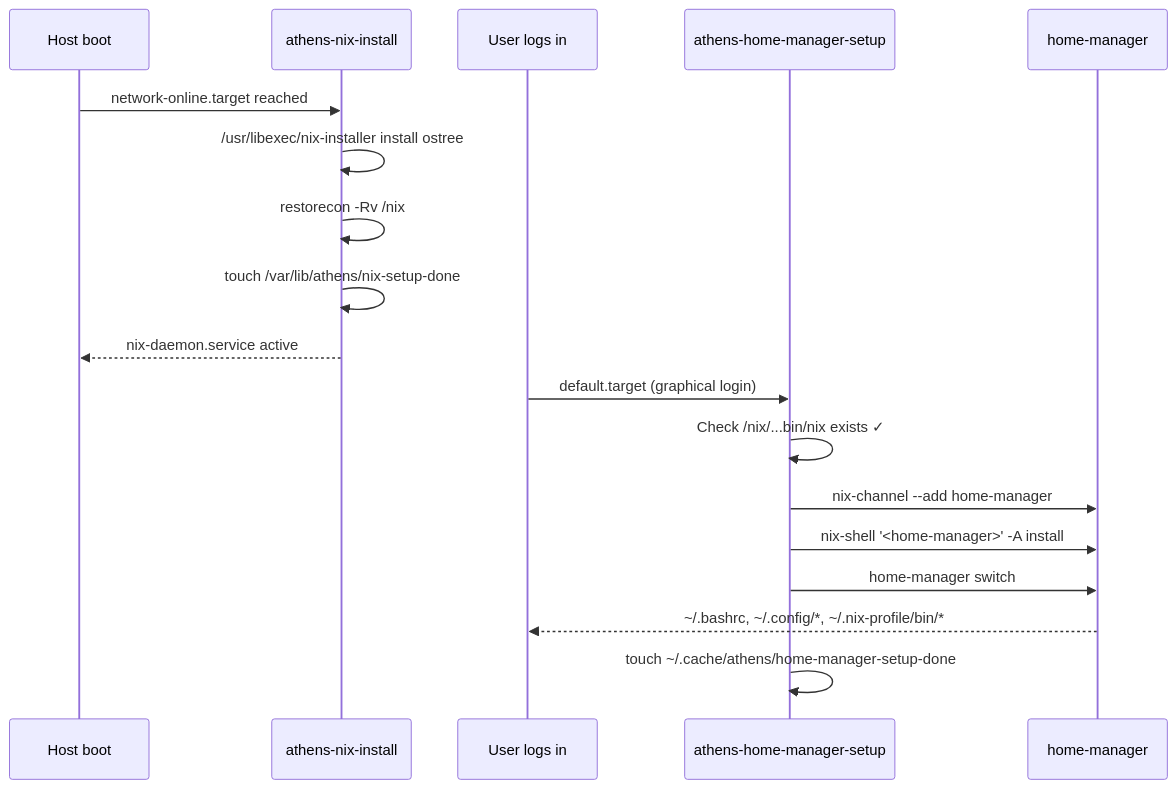
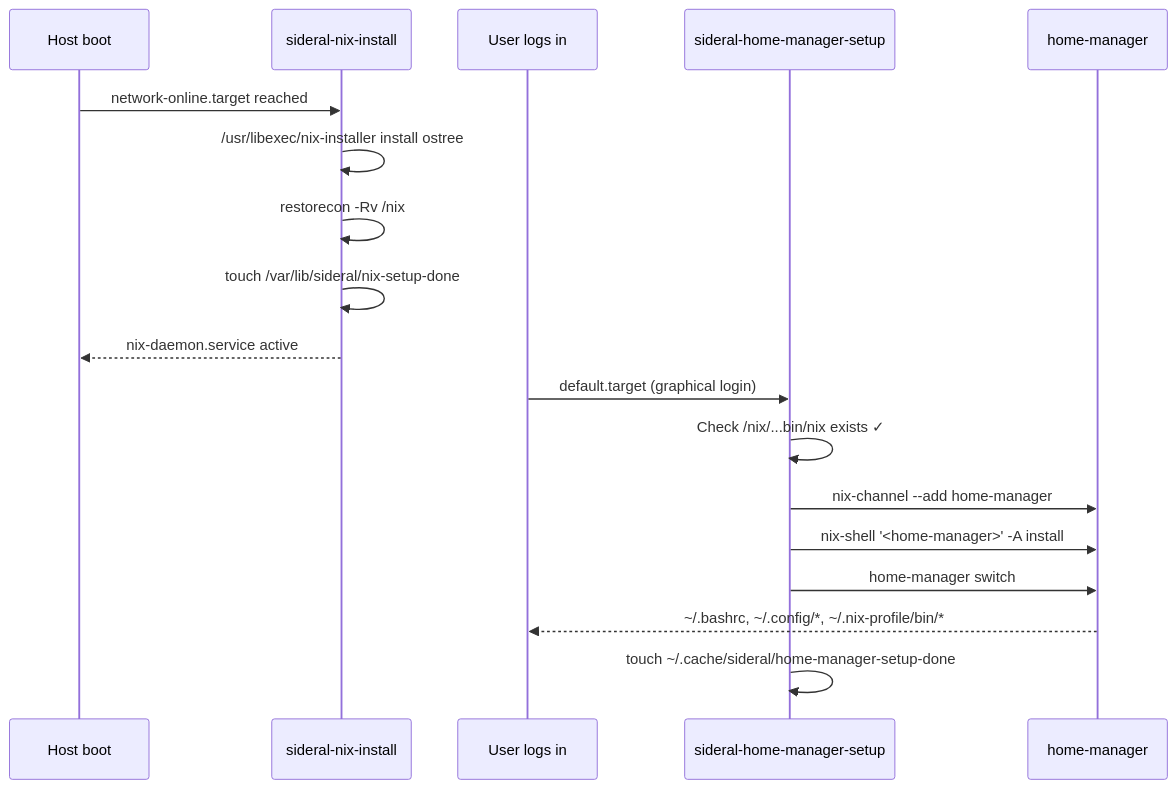
Before and after one commit to athenabriana/sideral: the second of 2 diagrams in .specs/features/nix-home/design.md, drawn with Mermaid. The commit also changed other lines of this file and 84 other files, not shown here.

First line of the commit message:
chore: rename athens-os to sideral

````diff
--- a/.specs/features/nix-home/design.md
+++ b/.specs/features/nix-home/design.md
@@ -401,22 +401,22 @@
 ```mermaid
 sequenceDiagram
     participant Host as Host boot
-    participant NixSvc as athens-nix-install
+    participant NixSvc as sideral-nix-install
     participant User as User logs in
-    participant HMSvc as athens-home-manager-setup
+    participant HMSvc as sideral-home-manager-setup
     participant HMCli as home-manager
 
     Host->>NixSvc: network-online.target reached
     NixSvc->>NixSvc: /usr/libexec/nix-installer install ostree
     NixSvc->>NixSvc: restorecon -Rv /nix
-    NixSvc->>NixSvc: touch /var/lib/athens/nix-setup-done
+    NixSvc->>NixSvc: touch /var/lib/sideral/nix-setup-done
     NixSvc-->>Host: nix-daemon.service active
 
     User->>HMSvc: default.target (graphical login)
     HMSvc->>HMSvc: Check /nix/...bin/nix exists ✓
     HMSvc->>HMCli: nix-channel --add home-manager
     HMSvc->>HMCli: nix-shell '<home-manager>' -A install
     HMSvc->>HMCli: home-manager switch
     HMCli-->>User: ~/.bashrc, ~/.config/*, ~/.nix-profile/bin/*
-    HMSvc->>HMSvc: touch ~/.cache/athens/home-manager-setup-done
+    HMSvc->>HMSvc: touch ~/.cache/sideral/home-manager-setup-done
 ```
````
